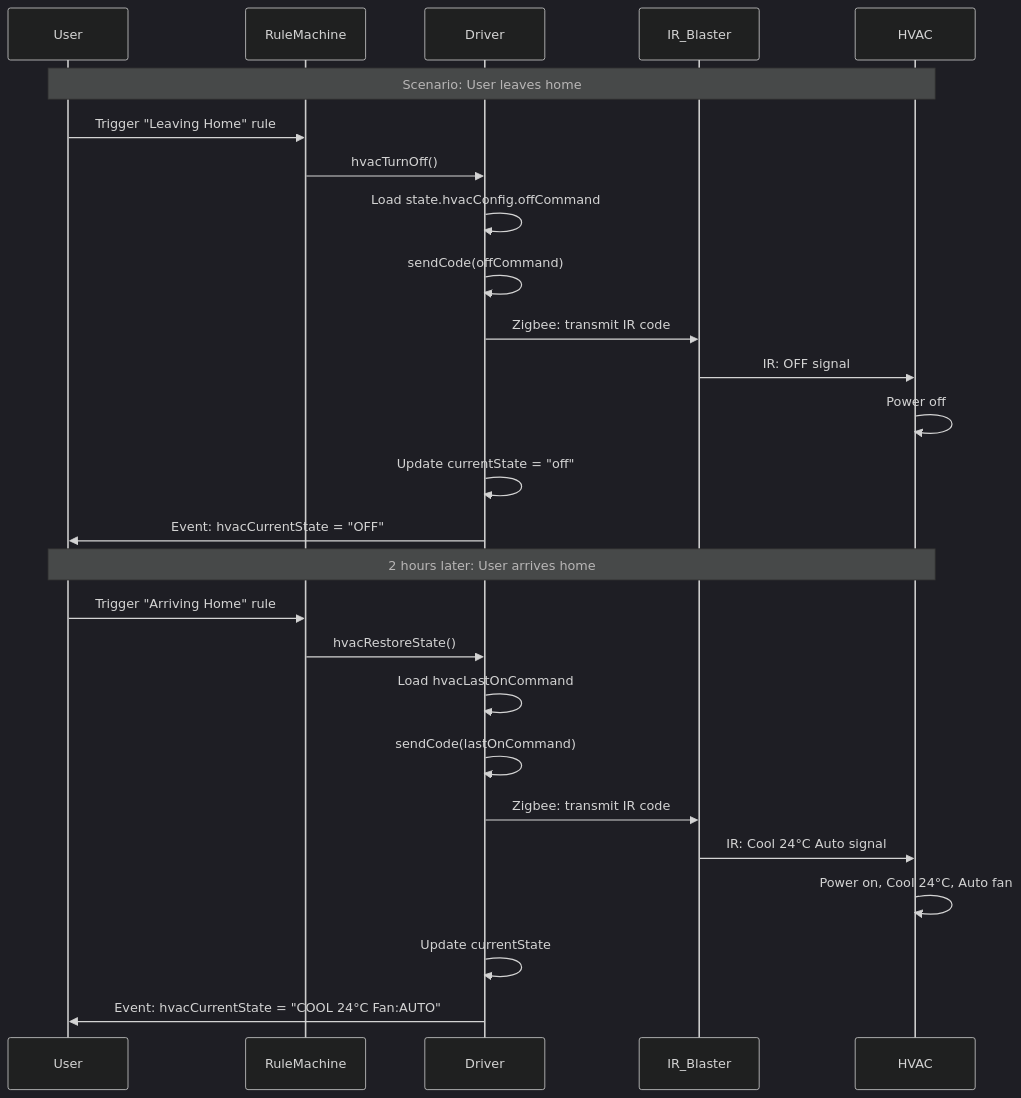
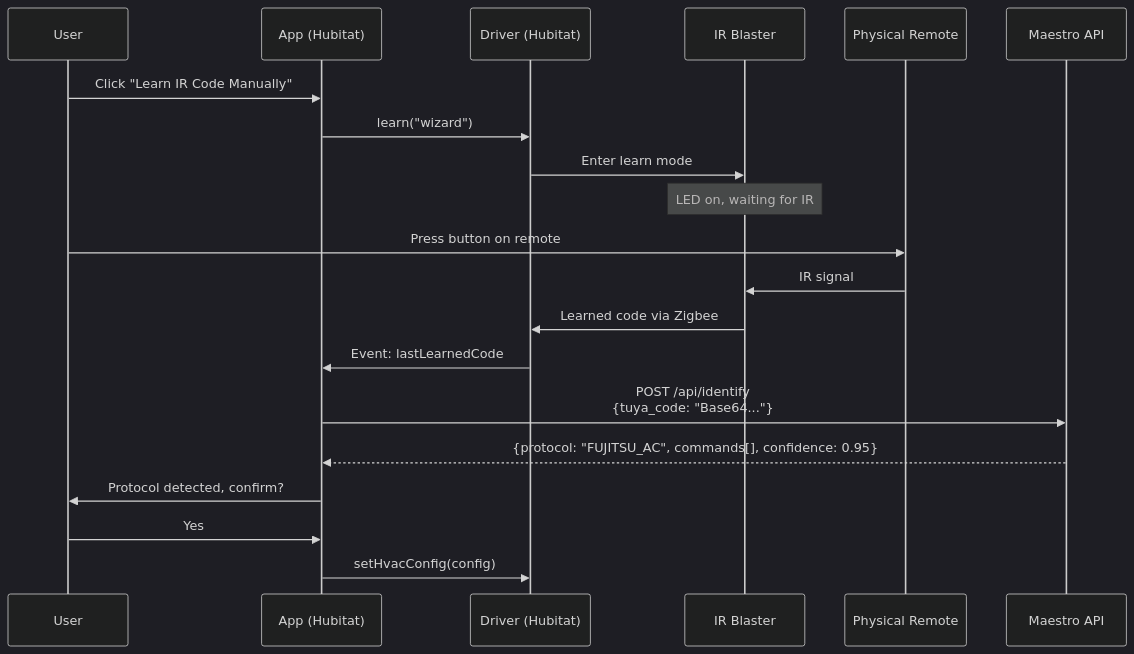
One commit to lastmyle/hubitat-tuya-zigbee-ir changed the sixth of 8 diagrams in ARCHITECTURE.md. Above: the diagram before and after it, drawn with Mermaid (dark theme). The commit also changed other lines of this file and 2 other files, not shown here.

First line of the commit message:
docs: rewrite README, ARCHITECTURE, and SECURITY documentation

````diff
--- a/ARCHITECTURE.md
+++ b/ARCHITECTURE.md
@@ -231,32 +181,26 @@
 ```mermaid
 sequenceDiagram
-    participant User
-    participant RuleMachine
-    participant Driver
-    participant IR_Blaster
-    participant HVAC
+    participant U as User
+    participant A as App (Hubitat)
+    participant D as Driver (Hubitat)
+    participant B as IR Blaster
+    participant R as Physical Remote
+    participant M as Maestro API
 
-    Note over User,HVAC: Scenario: User leaves home
+    U->>A: Click "Learn IR Code Manually"
+    A->>D: learn("wizard")
+    D->>B: Enter learn mode
+    Note over B: LED on, waiting for IR
 
-    User->>RuleMachine: Trigger "Leaving Home" rule
-    RuleMachine->>Driver: hvacTurnOff()
-    Driver->>Driver: Load state.hvacConfig.offCommand
-    Driver->>Driver: sendCode(offCommand)
-    Driver->>IR_Blaster: Zigbee: transmit IR code
-    IR_Blaster->>HVAC: IR: OFF signal
-    HVAC->>HVAC: Power off
-    Driver->>Driver: Update currentState = "off"
-    Driver->>User: Event: hvacCurrentState = "OFF"
+    U->>R: Press button on remote
+    R->>B: IR signal
+    B->>D: Learned code via Zigbee
+    D->>A: Event: lastLearnedCode
 
-    Note over User,HVAC: 2 hours later: User arrives home
+    A->>M: POST /api/identify<br/>{tuya_code: "Base64..."}
+    M-->>A: {protocol: "FUJITSU_AC", commands[], confidence: 0.95}
 
-    User->>RuleMachine: Trigger "Arriving Home" rule
-    RuleMachine->>Driver: hvacRestoreState()
-    Driver->>Driver: Load hvacLastOnCommand
-    Driver->>Driver: sendCode(lastOnCommand)
-    Driver->>IR_Blaster: Zigbee: transmit IR code
-    IR_Blaster->>HVAC: IR: Cool 24°C Auto signal
-    HVAC->>HVAC: Power on, Cool 24°C, Auto fan
-    Driver->>Driver: Update currentState
-    Driver->>User: Event: hvacCurrentState = "COOL 24°C Fan:AUTO"
+    A->>U: Protocol detected, confirm?
+    U->>A: Yes
+    A->>D: setHvacConfig(config)
 ```
````
